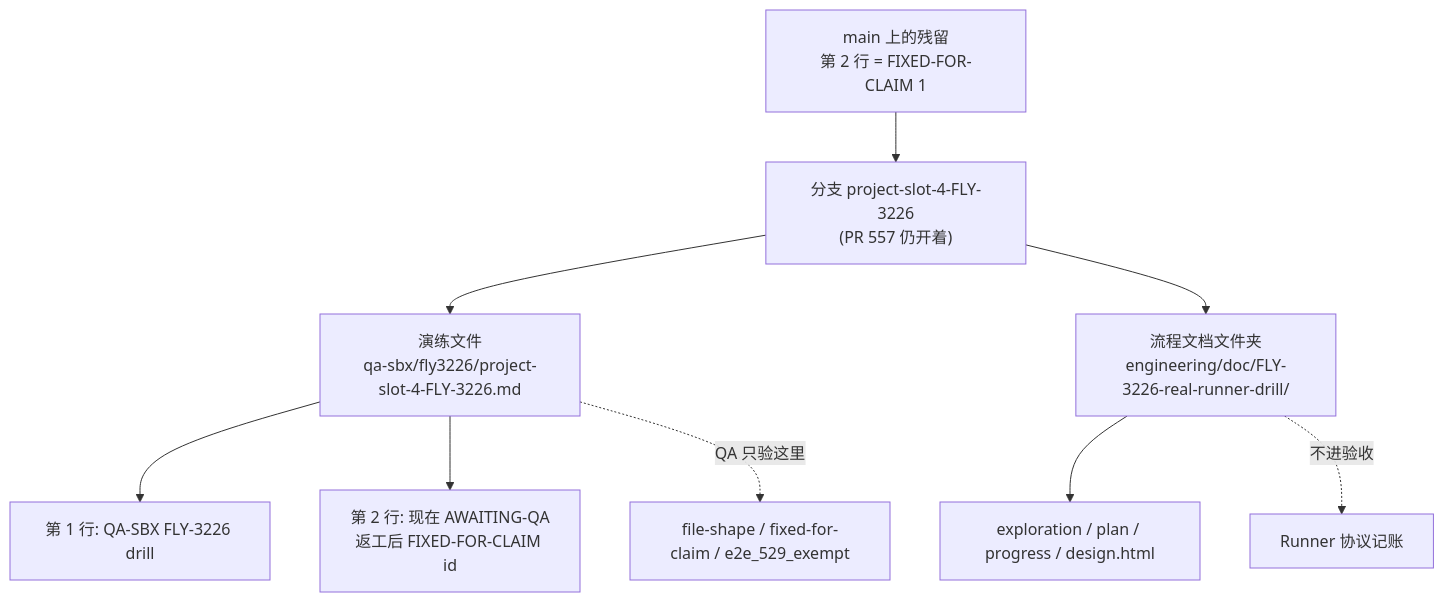
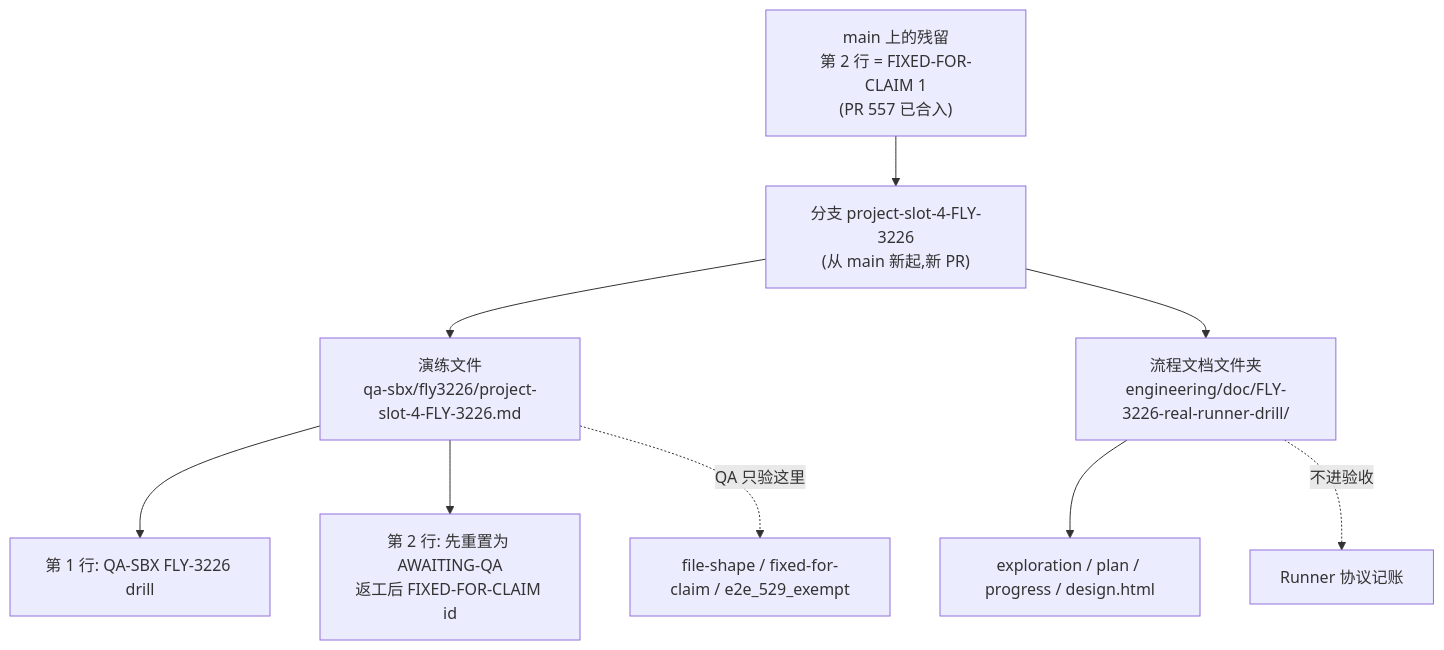
The diagram in engineering/doc/FLY-3226-real-runner-drill/d2-data-model.mmd (xrliAnnie/flywheel-qa-sandbox), drawn with Mermaid before and after one commit. The commit also changed 7 other files, not shown here.

```diff
--- a/engineering/doc/FLY-3226-real-runner-drill/d2-data-model.mmd
+++ b/engineering/doc/FLY-3226-real-runner-drill/d2-data-model.mmd
@@ -1,9 +1,9 @@
 flowchart TD
-    M["main 上的残留<br/>第 2 行 = FIXED-FOR-CLAIM 1"] --> B["分支 project-slot-4-FLY-3226<br/>(PR 557 仍开着)"]
+    M["main 上的残留<br/>第 2 行 = FIXED-FOR-CLAIM 1<br/>(PR 557 已合入)"] --> B["分支 project-slot-4-FLY-3226<br/>(从 main 新起,新 PR)"]
     B --> T["演练文件<br/>qa-sbx/fly3226/project-slot-4-FLY-3226.md"]
     B --> P["流程文档文件夹<br/>engineering/doc/FLY-3226-real-runner-drill/"]
     T --> L1["第 1 行: QA-SBX FLY-3226 drill"]
-    T --> L2["第 2 行: 现在 AWAITING-QA<br/>返工后 FIXED-FOR-CLAIM id"]
+    T --> L2["第 2 行: 先重置为 AWAITING-QA<br/>返工后 FIXED-FOR-CLAIM id"]
     P --> X["exploration / plan / progress / design.html"]
     T -. "QA 只验这里" .-> C["file-shape / fixed-for-claim / e2e_529_exempt"]
     P -. "不进验收" .-> N["Runner 协议记账"]
```
